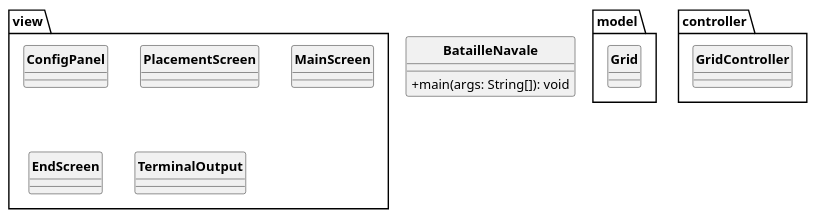
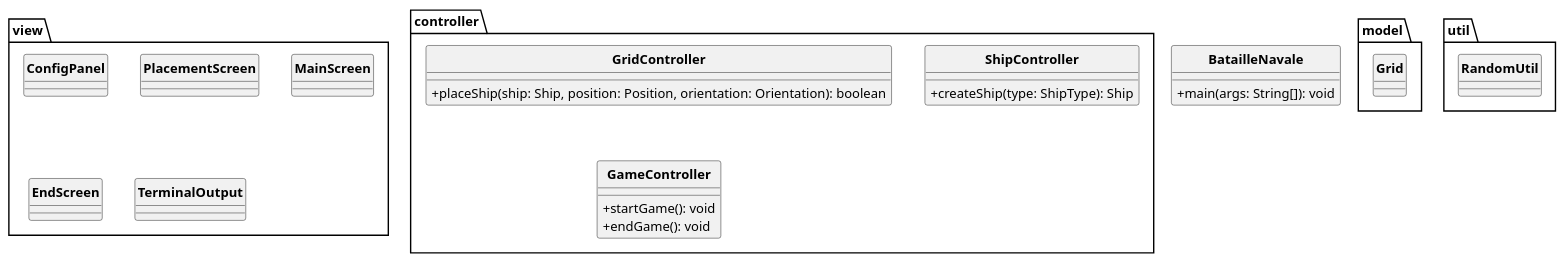
Before and after one commit to Redstoner507/bataille-navale-java: the diagram in uml/batailleNavale.puml, drawn with PlantUML. The commit also changed 2 other files, not shown here.

Commit message:
Improved UMl for grid a created new classes

```diff
--- a/uml/batailleNavale.puml
+++ b/uml/batailleNavale.puml
@@ -1,30 +1,51 @@
 @startuml BatailleNavale
 'https://plantuml.com/class-diagram
 
 skinparam style strictuml
 skinparam classAttributeIconSize 0
 skinparam classFontStyle Bold
 hide enum methods
 hide interface attributes
 
 class BatailleNavale {
     +main(args: String[]): void
 }
 
 package model {
     class Grid
+
+
 }
 
 package view {
     class ConfigPanel
     class PlacementScreen
     class MainScreen
     class EndScreen
     class TerminalOutput
 }
 
 package controller {
-    class GridController
+    class GridController {
+        +placeShip(ship: Ship, position: Position, orientation: Orientation): boolean
+    }
+
+    class ShipController {
+        +createShip(type: ShipType): Ship
+    }
+
+    class GameController {
+        +startGame(): void
+        +endGame(): void
+    }
 }
 
+package util {
+    class RandomUtil {
+
+    }
+}
+
+' Relationships
+
 @enduml
```
